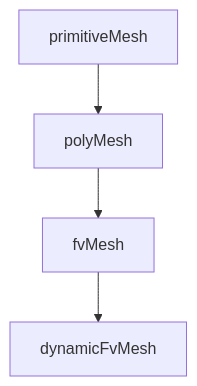
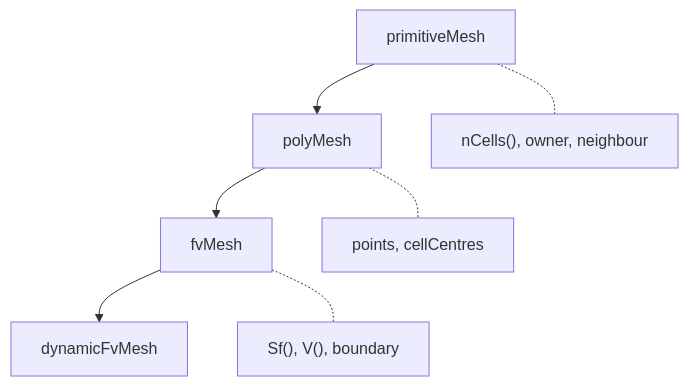
One commit to wramet/build-my-cfd changed the diagram in MODULE_05_OPENFOAM_PROGRAMMING/CONTENT/04_MESH_CLASSES/00_Overview.md. Above: the diagram before and after it, drawn with Mermaid. The commit also changed other lines of this file and 272 other files, not shown here.

````diff
--- a/MODULE_05_OPENFOAM_PROGRAMMING/CONTENT/04_MESH_CLASSES/00_Overview.md
+++ b/MODULE_05_OPENFOAM_PROGRAMMING/CONTENT/04_MESH_CLASSES/00_Overview.md
@@ -9,6 +20,10 @@
 ```mermaid
 flowchart TD
     A[primitiveMesh] --> B[polyMesh]
     B --> C[fvMesh]
     C --> D[dynamicFvMesh]
+    
+    A -.- A1["nCells(), owner, neighbour"]
+    B -.- B1["points, cellCentres"]
+    C -.- C1["Sf(), V(), boundary"]
 ```
````
